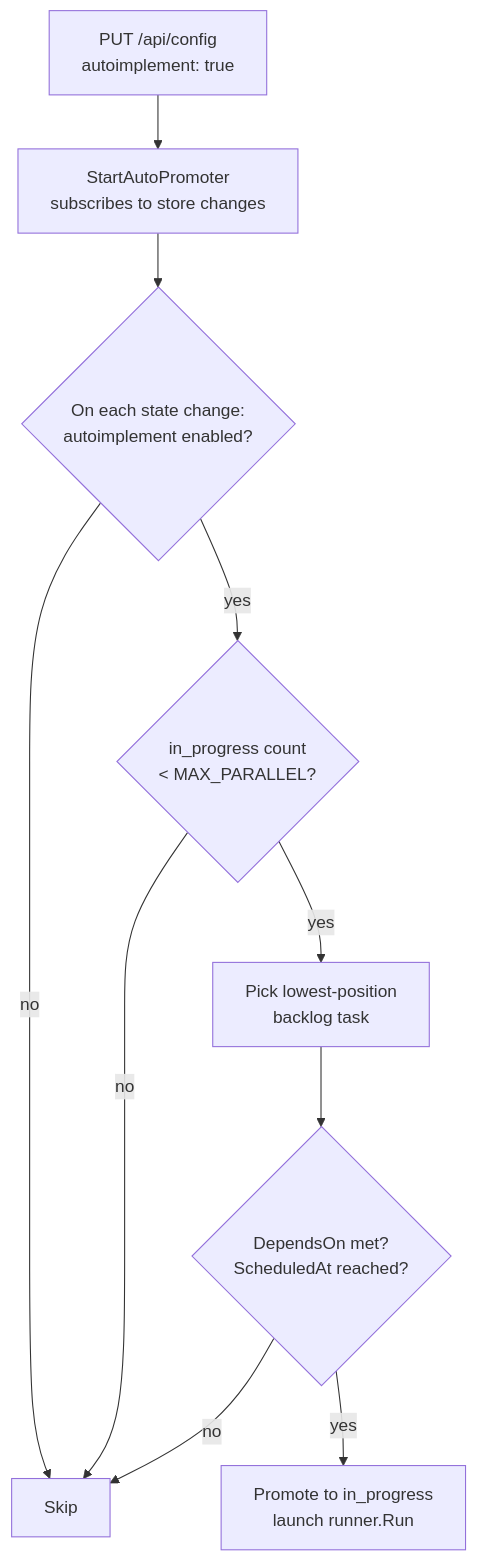
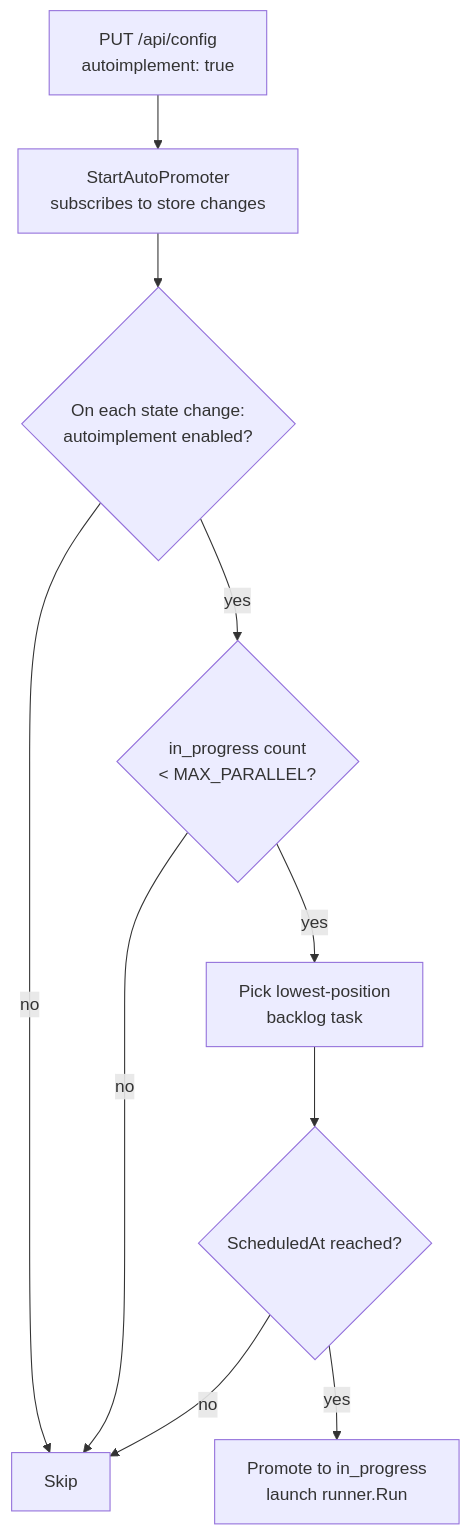
Before and after one commit to changkun/wallfacer: the second of 5 diagrams in docs/internals/automation.md, drawn with Mermaid. The commit also changed other lines of this file and 67 other files, not shown here.

````diff
--- a/docs/internals/automation.md
+++ b/docs/internals/automation.md
@@ -116,12 +116,12 @@
 ```mermaid
 flowchart TD
     Enable["PUT /api/config<br/>autoimplement: true"] --> Subscribe["StartAutoPromoter<br/>subscribes to store changes"]
     Subscribe --> Check{"On each state change:<br/>autoimplement enabled?"}
     Check -->|no| Skip[Skip]
     Check -->|yes| Capacity{"in_progress count<br/>< MAX_PARALLEL?"}
     Capacity -->|no| Skip
     Capacity -->|yes| Pick["Pick lowest-position<br/>backlog task"]
-    Pick --> Deps{"DependsOn met?<br/>ScheduledAt reached?"}
+    Pick --> Deps{"ScheduledAt reached?"}
     Deps -->|no| Skip
     Deps -->|yes| Promote["Promote to in_progress<br/>launch runner.Run"]
 ```
````
